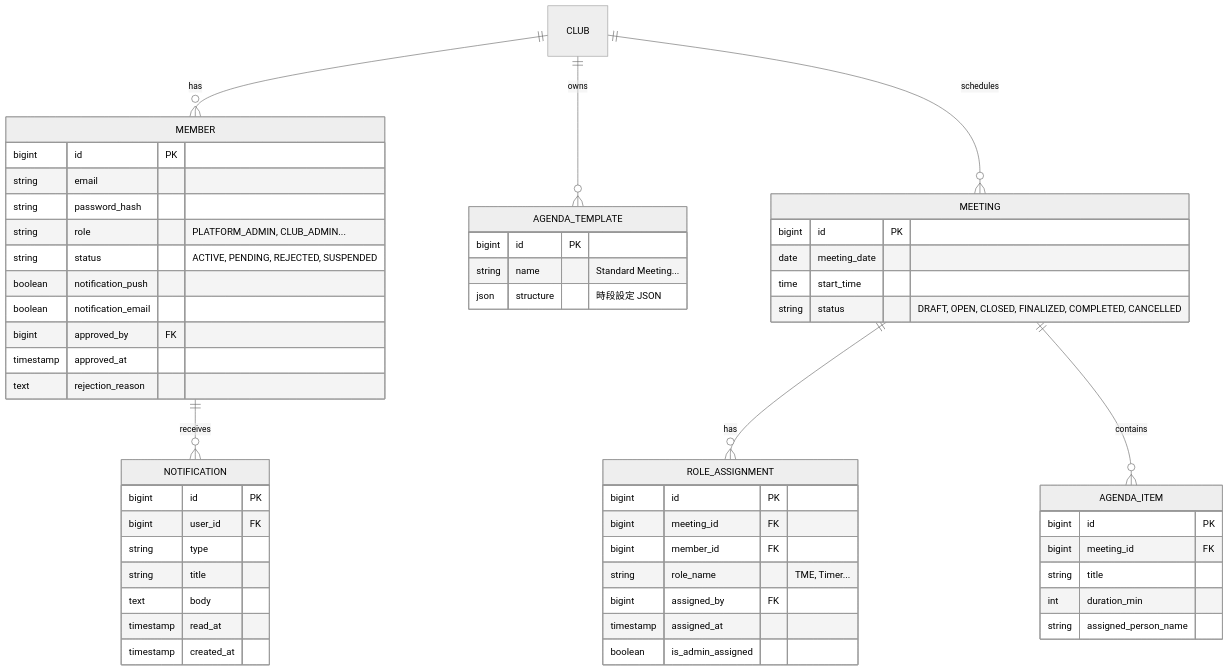
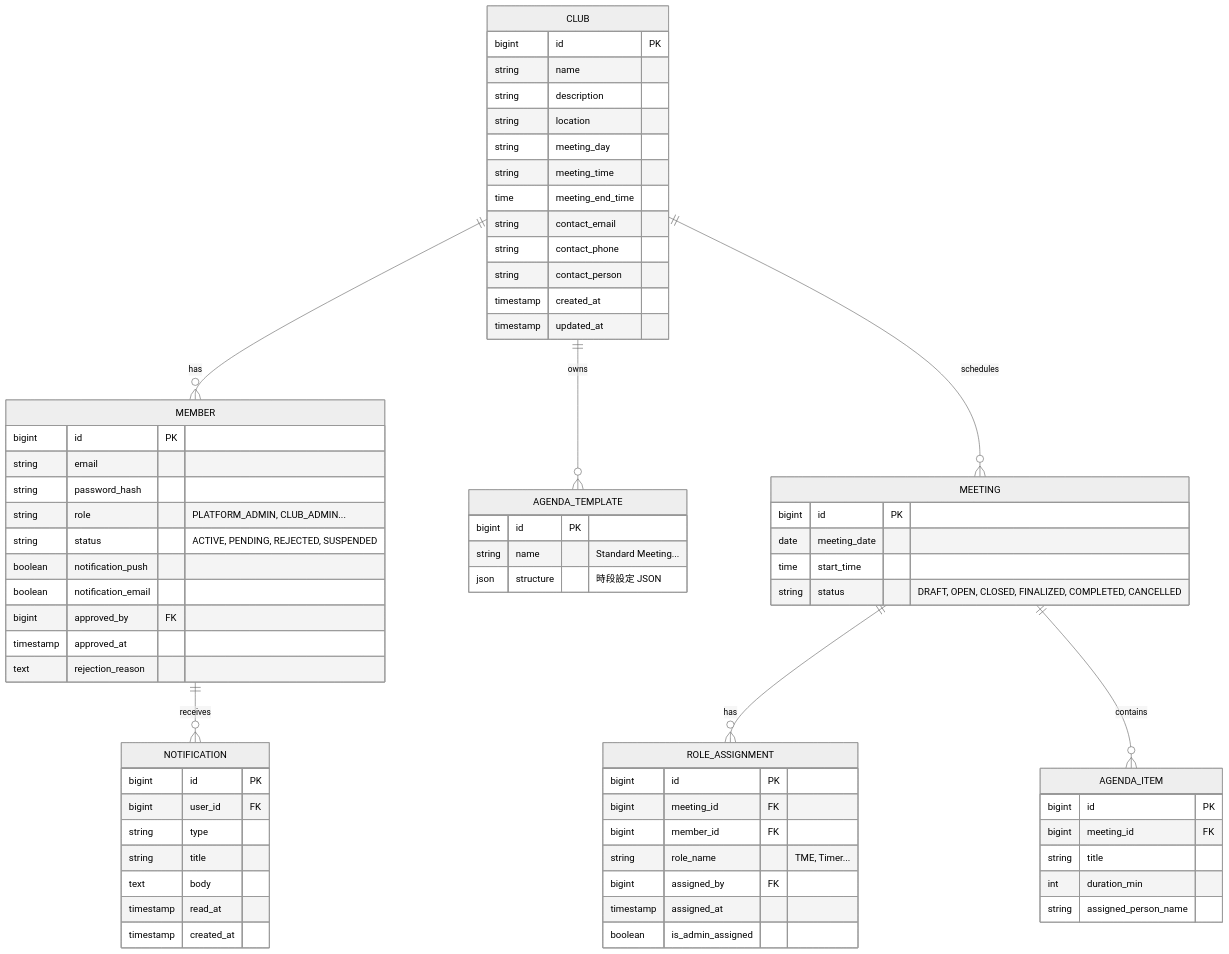
The diagram in docs/09-database.md (skipandsnow/toastlabplus), drawn with Mermaid (neutral theme) before and after one commit. The commit also changed other lines of this file and 41 other files, not shown here.

````diff
--- a/docs/09-database.md
+++ b/docs/09-database.md
@@ -19,64 +19,79 @@
 ```mermaid
 erDiagram
     CLUB ||--o{ MEMBER : has
     CLUB ||--o{ AGENDA_TEMPLATE : owns
     CLUB ||--o{ MEETING : schedules
     
+    CLUB {
+        bigint id PK
+        string name
+        string description
+        string location
+        string meeting_day
+        string meeting_time
+        time meeting_end_time
+        string contact_email
+        string contact_phone
+        string contact_person
+        timestamp created_at
+        timestamp updated_at
+    }
+
     MEMBER {
         bigint id PK
         string email
         string password_hash
         string role "PLATFORM_ADMIN, CLUB_ADMIN..."
         string status "ACTIVE, PENDING, REJECTED, SUSPENDED"
         boolean notification_push
         boolean notification_email
         bigint approved_by FK
         timestamp approved_at
         text rejection_reason
     }
 
     MEETING {
         bigint id PK
         date meeting_date
         time start_time
         string status "DRAFT, OPEN, CLOSED, FINALIZED, COMPLETED, CANCELLED"
     }
 
     ROLE_ASSIGNMENT {
         bigint id PK
         bigint meeting_id FK
         bigint member_id FK
         string role_name "TME, Timer..."
         bigint assigned_by FK
         timestamp assigned_at
         boolean is_admin_assigned
     }
 
     AGENDA_TEMPLATE {
         bigint id PK
         string name "Standard Meeting..."
         json structure "時段設定 JSON"
     }
     
     AGENDA_ITEM {
         bigint id PK
         bigint meeting_id FK
         string title
         int duration_min
         string assigned_person_name
     }
     
     NOTIFICATION {
         bigint id PK
         bigint user_id FK
         string type
         string title
         text body
         timestamp read_at
         timestamp created_at
     }
 
     MEETING ||--o{ ROLE_ASSIGNMENT : has
     MEETING ||--o{ AGENDA_ITEM : contains
     MEMBER ||--o{ NOTIFICATION : receives
 ```
````
